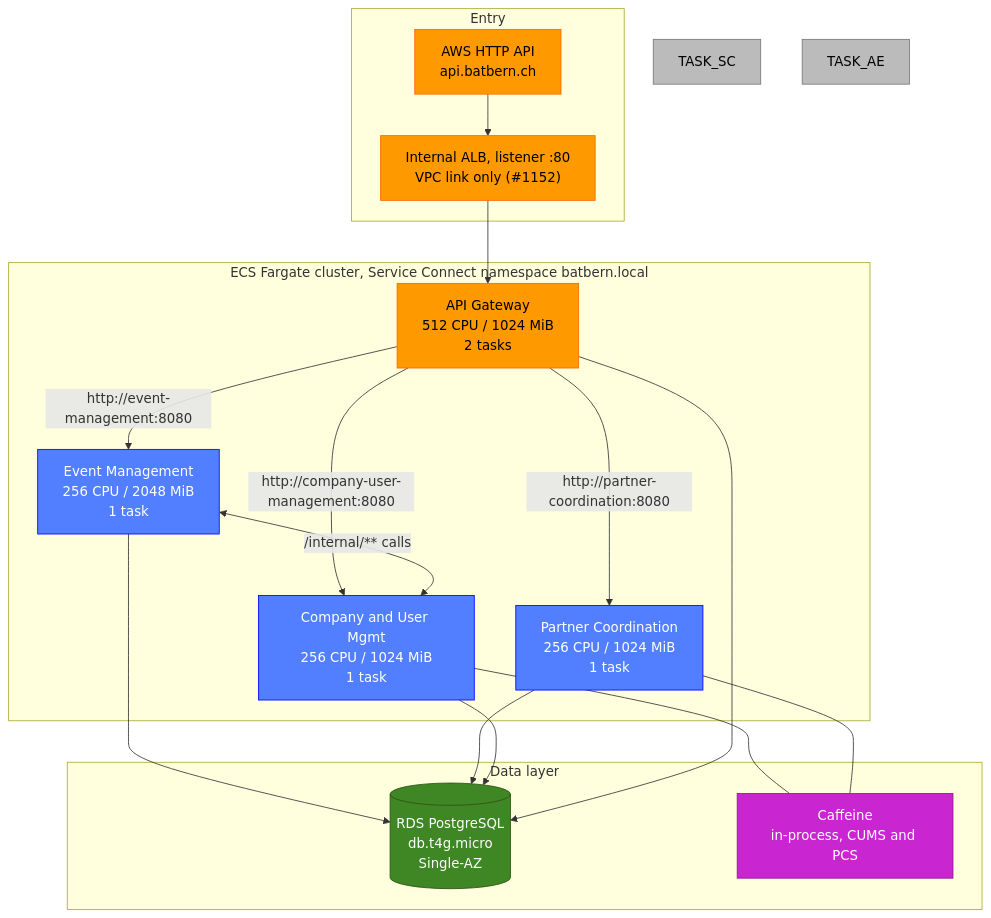
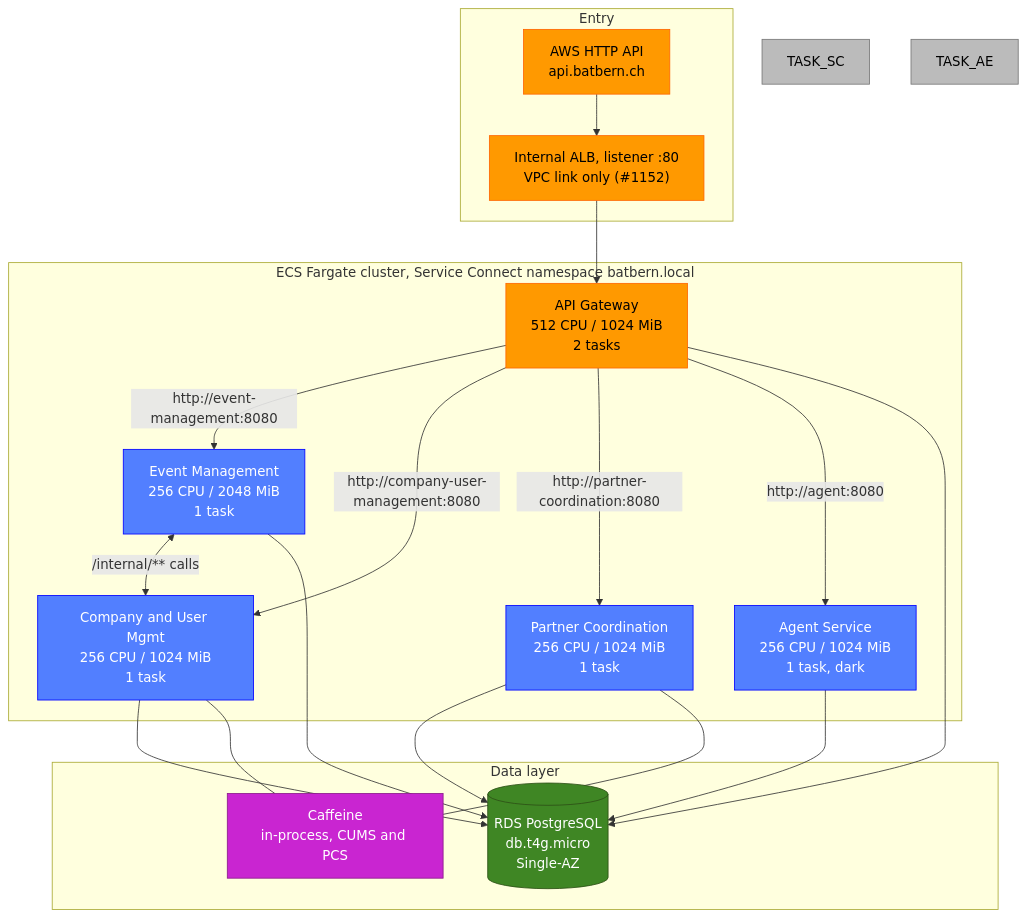
One commit to nissimbuchs/BATbern2 changed the sixth of 26 diagrams in docs/architecture/02-infrastructure-deployment.md. Above: the diagram before and after it, drawn with Mermaid. The commit also changed other lines of this file and 351 other files, not shown here.

First line of the commit message:
feat(agent-runtime): agent-service runs a gated, logged agent loop (epic 1, dark) + SES v2 forwarding fix (#1345)

````diff
--- a/docs/architecture/02-infrastructure-deployment.md
+++ b/docs/architecture/02-infrastructure-deployment.md
@@ -277,38 +279,41 @@
 ```mermaid
 graph TB
     subgraph EDGE["Entry"]
         HTTPAPI["AWS HTTP API<br/>api.batbern.ch"]
         ALB_PUB["Internal ALB, listener :80<br/>VPC link only (#1152)"]
     end
 
     subgraph CLUSTER["ECS Fargate cluster, Service Connect namespace batbern.local"]
         TASK_GW["API Gateway<br/>512 CPU / 1024 MiB<br/>2 tasks"]
         TASK_EM["Event Management<br/>256 CPU / 2048 MiB<br/>1 task"]
         TASK_CM["Company and User Mgmt<br/>256 CPU / 1024 MiB<br/>1 task"]
         TASK_PC["Partner Coordination<br/>256 CPU / 1024 MiB<br/>1 task"]
+        TASK_AG["Agent Service<br/>256 CPU / 1024 MiB<br/>1 task, dark"]
     end
 
     subgraph DATA["Data layer"]
         RDS[("RDS PostgreSQL<br/>db.t4g.micro<br/>Single-AZ")]
         CACHE["Caffeine<br/>in-process, CUMS and PCS"]
     end
 
     HTTPAPI --> ALB_PUB --> TASK_GW
     TASK_GW -->|"http://event-management:8080"| TASK_EM
     TASK_GW -->|"http://company-user-management:8080"| TASK_CM
     TASK_GW -->|"http://partner-coordination:8080"| TASK_PC
+    TASK_GW -->|"http://agent:8080"| TASK_AG
     TASK_EM <-->|"/internal/** calls"| TASK_CM
-    TASK_EM & TASK_PC & TASK_CM & TASK_GW --> RDS
+    TASK_EM & TASK_PC & TASK_CM & TASK_AG & TASK_GW --> RDS
     TASK_CM & TASK_PC --- CACHE
 
     style ALB_PUB fill:#FF9900,stroke:#FF6600,color:#000
     style HTTPAPI fill:#FF9900,stroke:#FF6600,color:#000
     style TASK_GW fill:#FF9900,stroke:#FF6600,color:#000
     style TASK_EM fill:#527FFF,stroke:#0000FF,color:#fff
     style TASK_CM fill:#527FFF,stroke:#0000FF,color:#fff
     style TASK_PC fill:#527FFF,stroke:#0000FF,color:#fff
+    style TASK_AG fill:#527FFF,stroke:#0000FF,color:#fff
     style TASK_SC fill:#BBBBBB,stroke:#777777,color:#000
     style TASK_AE fill:#BBBBBB,stroke:#777777,color:#000
     style RDS fill:#3F8624,stroke:#2D5016,color:#fff
     style CACHE fill:#C925D1,stroke:#8B1A8B,color:#fff
 ```
````
